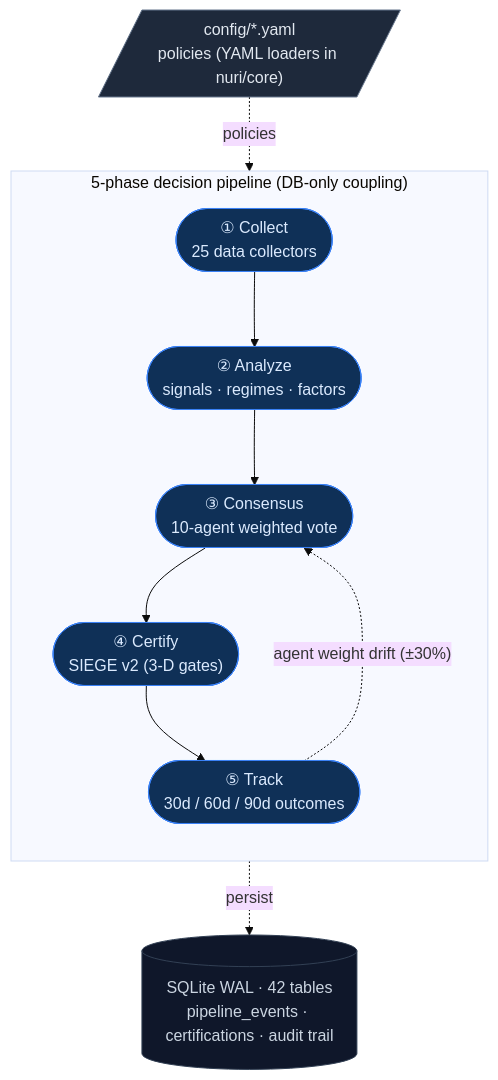
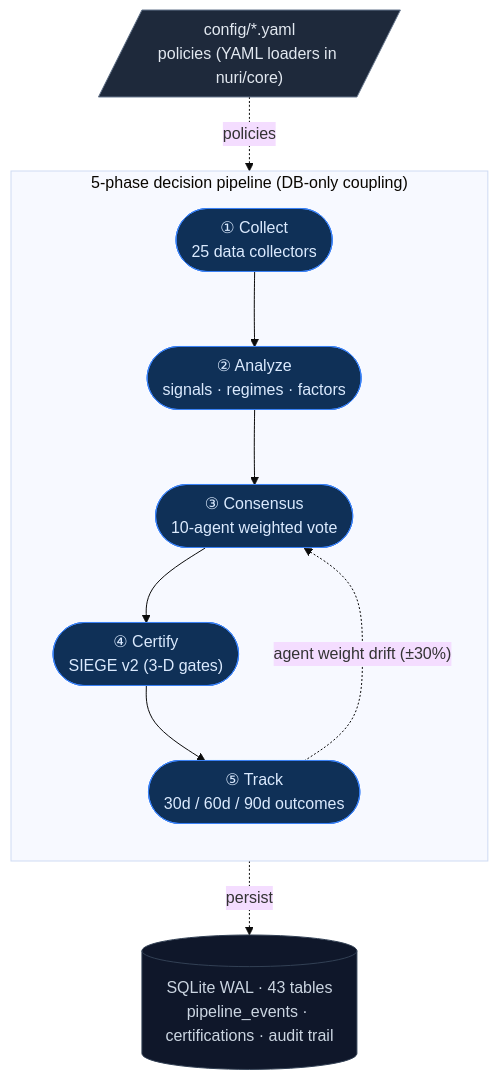
The diagram in README.md (researcherhojin/nuri-quant), drawn with Mermaid (base theme) before and after one commit. The commit also changed 8 other files, not shown here.

````diff
--- a/README.md
+++ b/README.md
@@ -17,25 +17,25 @@
 ```mermaid
 flowchart TB
     CFG[/"config/*.yaml<br/>policies (YAML loaders in nuri/core)"/]:::source
 
     subgraph Pipeline["5-phase decision pipeline (DB-only coupling)"]
         direction TB
         A(["① Collect<br/>25 data collectors"]):::pipe
         B(["② Analyze<br/>signals · regimes · factors"]):::pipe
         C(["③ Consensus<br/>10-agent weighted vote"]):::pipe
         D(["④ Certify<br/>SIEGE v2 (3-D gates)"]):::pipe
         E(["⑤ Track<br/>30d / 60d / 90d outcomes"]):::pipe
 
         A --> B --> C --> D --> E
         E -. "agent weight drift (±30%)" .-> C
     end
 
-    DB[("SQLite WAL · 42 tables<br/>pipeline_events · certifications · audit trail")]:::sink
+    DB[("SQLite WAL · 43 tables<br/>pipeline_events · certifications · audit trail")]:::sink
 
     CFG -. policies .-> Pipeline
     Pipeline -. persist .-> DB
 
     classDef source fill:#1e293b,stroke:#64748b,color:#e2e8f0
     classDef pipe   fill:#0f3057,stroke:#3b82f6,color:#dbeafe
     classDef sink   fill:#0f172a,stroke:#334155,color:#cbd5e1
 ```
````
